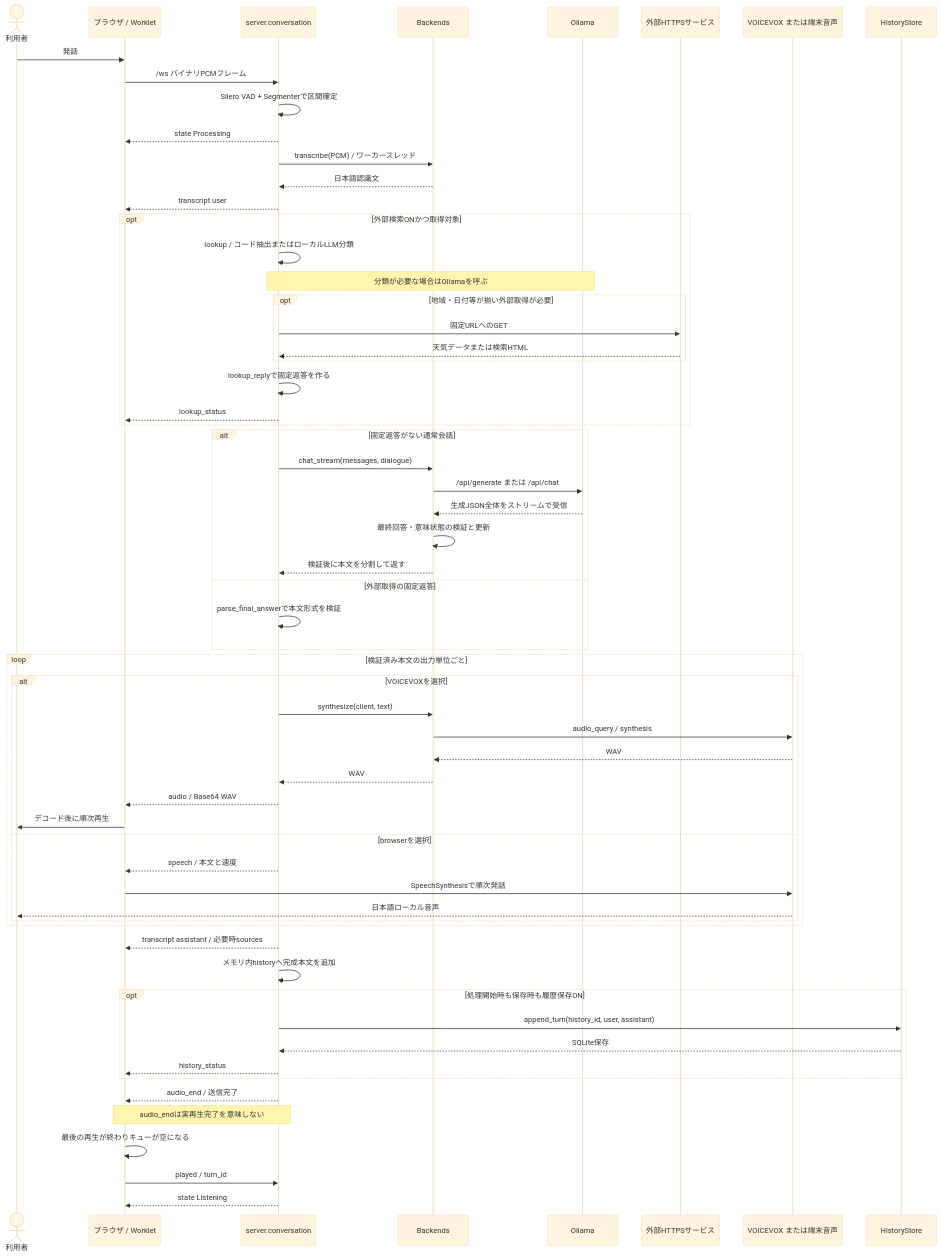
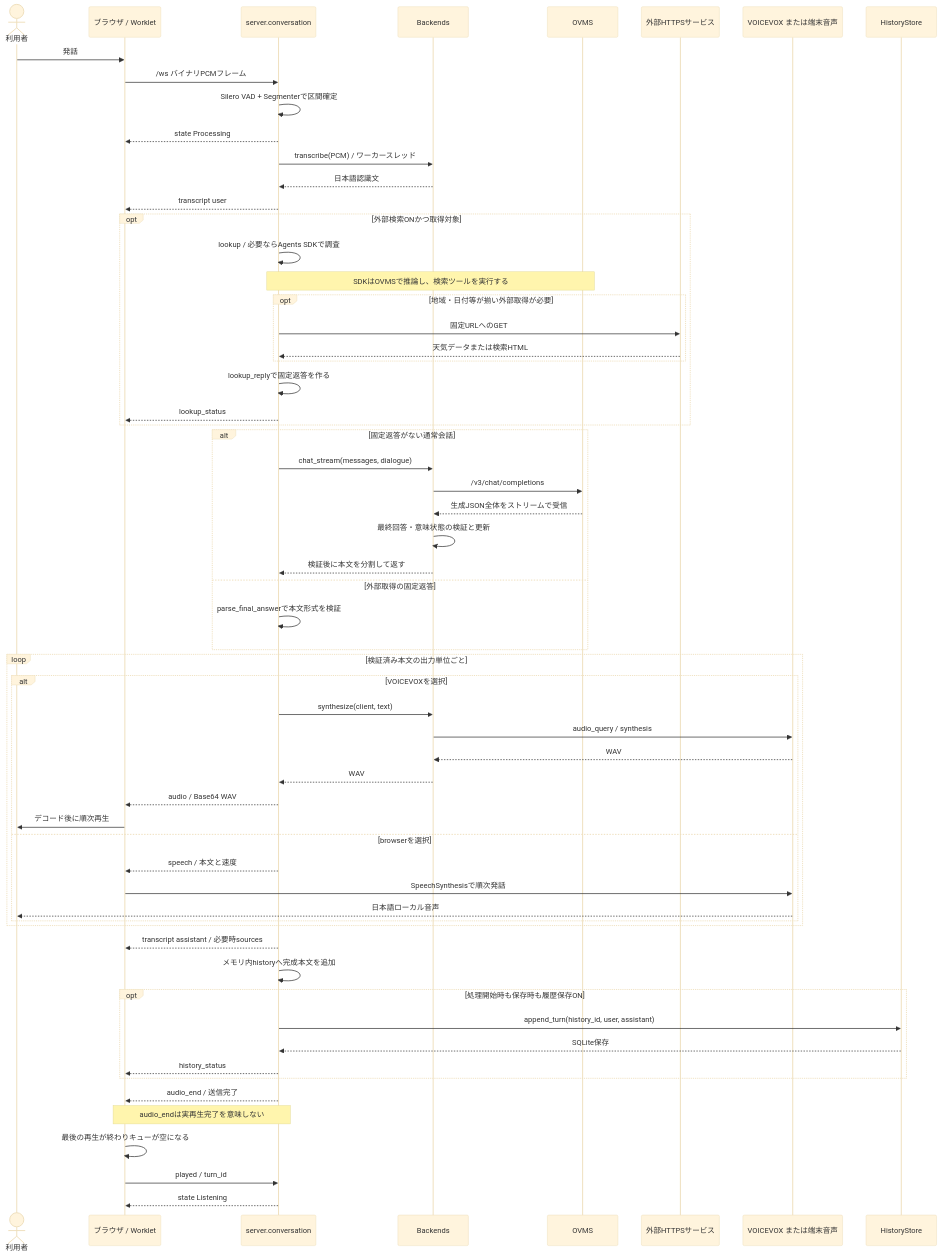
The fifth of 5 diagrams in docs/architecture.md (kazukiminemura/aivo), drawn with Mermaid (base theme) before and after one commit. The commit also changed other lines of this file and 27 other files, not shown here.

````diff
--- a/docs/architecture.md
+++ b/docs/architecture.md
@@ -254,63 +256,63 @@
 ```mermaid
 sequenceDiagram
     actor User as 利用者
     participant UI as ブラウザ / Worklet
     participant WS as server.conversation
     participant B as Backends
-    participant L as Ollama
+    participant L as OVMS
     participant X as 外部HTTPSサービス
     participant T as VOICEVOX または端末音声
     participant H as HistoryStore
     User->>UI: 発話
     UI->>WS: /ws バイナリPCMフレーム
     WS->>WS: Silero VAD + Segmenterで区間確定
     WS-->>UI: state Processing
     WS->>B: transcribe(PCM) / ワーカースレッド
     B-->>WS: 日本語認識文
     WS-->>UI: transcript user
     opt 外部検索ONかつ取得対象
-        WS->>WS: lookup / コード抽出またはローカルLLM分類
-        Note over WS,L: 分類が必要な場合はOllamaを呼ぶ
+        WS->>WS: lookup / 必要ならAgents SDKで調査
+        Note over WS,L: SDKはOVMSで推論し、検索ツールを実行する
         opt 地域・日付等が揃い外部取得が必要
             WS->>X: 固定URLへのGET
             X-->>WS: 天気データまたは検索HTML
         end
         WS->>WS: lookup_replyで固定返答を作る
         WS-->>UI: lookup_status
     end
     alt 固定返答がない通常会話
         WS->>B: chat_stream(messages, dialogue)
-        B->>L: /api/generate または /api/chat
+        B->>L: /v3/chat/completions
         L-->>B: 生成JSON全体をストリームで受信
         B->>B: 最終回答・意味状態の検証と更新
         B-->>WS: 検証後に本文を分割して返す
     else 外部取得の固定返答
         WS->>WS: parse_final_answerで本文形式を検証
     end
     loop 検証済み本文の出力単位ごと
         alt VOICEVOXを選択
             WS->>B: synthesize(client, text)
             B->>T: audio_query / synthesis
             T-->>B: WAV
             B-->>WS: WAV
             WS-->>UI: audio / Base64 WAV
             UI->>User: デコード後に順次再生
         else browserを選択
             WS-->>UI: speech / 本文と速度
             UI->>T: SpeechSynthesisで順次発話
             T-->>User: 日本語ローカル音声
         end
     end
     WS-->>UI: transcript assistant / 必要時sources
     WS->>WS: メモリ内historyへ完成本文を追加
     opt 処理開始時も保存時も履歴保存ON
         WS->>H: append_turn(history_id, user, assistant)
         H-->>WS: SQLite保存
         WS-->>UI: history_status
     end
     WS-->>UI: audio_end / 送信完了
     Note over UI,WS: audio_endは実再生完了を意味しない
     UI->>UI: 最後の再生が終わりキューが空になる
     UI->>WS: played / turn_id
     WS-->>UI: state Listening
 ```
````
